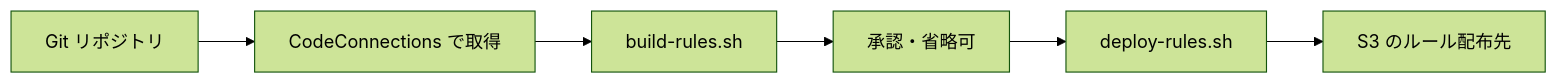
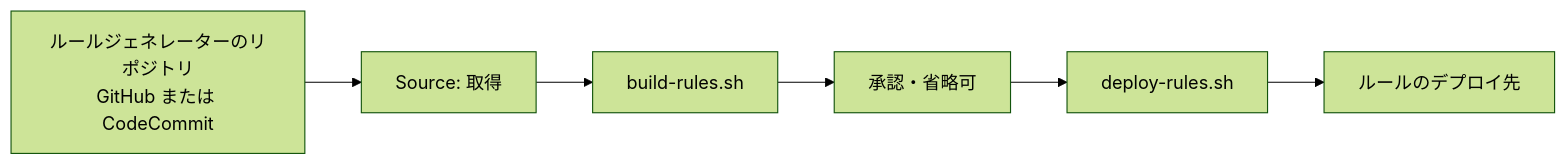
One commit to rxsxkxd/pk changed the second of 2 diagrams in docs/ec2-port-guard-rollout/ip-port-guard-rule-refresh-pipeline/README.md. Above: the diagram before and after it, drawn with Mermaid (forest theme). The commit also changed other lines of this file and 17 other files, not shown here.

````diff
--- a/docs/ec2-port-guard-rollout/ip-port-guard-rule-refresh-pipeline/README.md
+++ b/docs/ec2-port-guard-rollout/ip-port-guard-rule-refresh-pipeline/README.md
@@ -87,8 +144,8 @@
 ```mermaid
 flowchart LR
-    Git[Git リポジトリ] --> Source[CodeConnections で取得]
+    Git[ルールジェネレーターのリポジトリ<br/>GitHub または CodeCommit] --> Source[Source: 取得]
     Source --> Make[build-rules.sh]
     Make --> Check[承認・省略可]
     Check --> Publish[deploy-rules.sh]
-    Publish --> Rules[S3 のルール配布先]
+    Publish --> Rules[ルールのデプロイ先]
 ```
````
